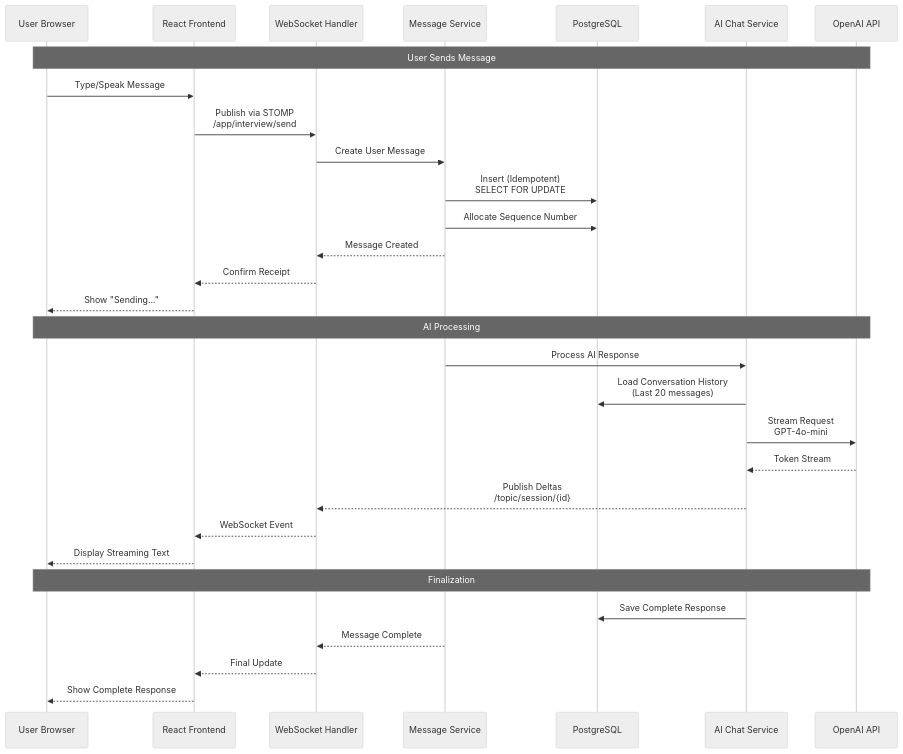
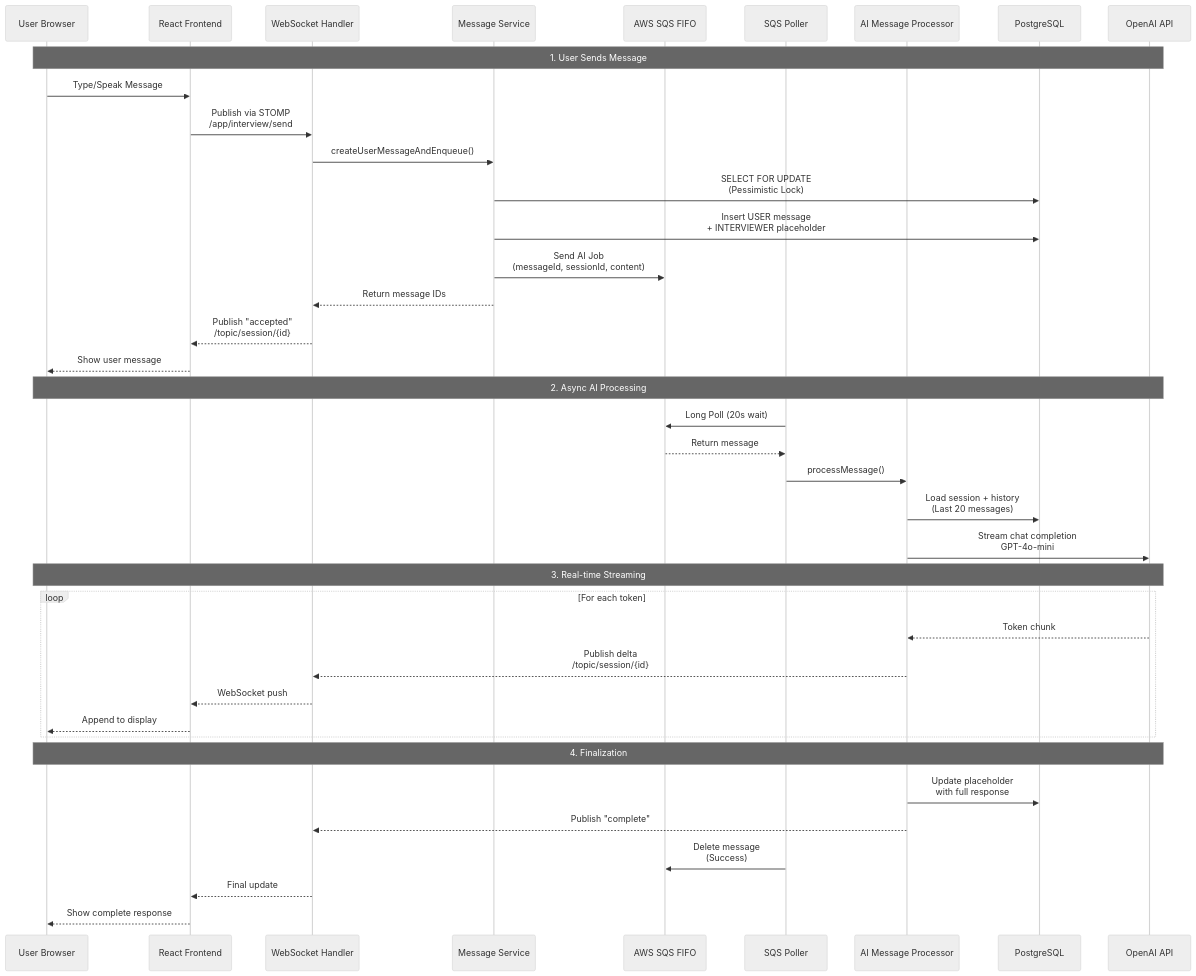
One commit to AlejandroPosadaR/Miraiprep changed the second of 4 diagrams in README.md. Above: the diagram before and after it, drawn with Mermaid (neutral theme). The commit also changed other lines of this file, not shown here.

````diff
--- a/README.md
+++ b/README.md
@@ -113,38 +208,49 @@
 ```mermaid
 sequenceDiagram
     participant U as User Browser
     participant F as React Frontend
     participant WS as WebSocket Handler
     participant MS as Message Service
+    participant SQS as AWS SQS FIFO
+    participant POLL as SQS Poller
+    participant AI as AI Message Processor
     participant DB as PostgreSQL
-    participant AI as AI Chat Service
     participant OAI as OpenAI API
     
-    Note over U,OAI: User Sends Message
+    Note over U,OAI: 1. User Sends Message
     
     U->>F: Type/Speak Message
     F->>WS: Publish via STOMP<br/>/app/interview/send
-    WS->>MS: Create User Message
-    MS->>DB: Insert (Idempotent)<br/>SELECT FOR UPDATE
-    MS->>DB: Allocate Sequence Number
-    MS-->>WS: Message Created
-    WS-->>F: Confirm Receipt
-    F-->>U: Show "Sending..."
+    WS->>MS: createUserMessageAndEnqueue()
+    MS->>DB: SELECT FOR UPDATE<br/>(Pessimistic Lock)
+    MS->>DB: Insert USER message<br/>+ INTERVIEWER placeholder
+    MS->>SQS: Send AI Job<br/>(messageId, sessionId, content)
+    MS-->>WS: Return message IDs
+    WS-->>F: Publish "accepted"<br/>/topic/session/{id}
+    F-->>U: Show user message
     
-    Note over U,OAI: AI Processing
+    Note over U,OAI: 2. Async AI Processing
     
-    MS->>AI: Process AI Response
-    AI->>DB: Load Conversation History<br/>(Last 20 messages)
-    AI->>OAI: Stream Request<br/>GPT-4o-mini
-    OAI-->>AI: Token Stream
-    AI-->>WS: Publish Deltas<br/>/topic/session/{id}
-    WS-->>F: WebSocket Event
-    F-->>U: Display Streaming Text
+    POLL->>SQS: Long Poll (20s wait)
+    SQS-->>POLL: Return message
+    POLL->>AI: processMessage()
+    AI->>DB: Load session + history<br/>(Last 20 messages)
+    AI->>OAI: Stream chat completion<br/>GPT-4o-mini
     
-    Note over U,OAI: Finalization
+    Note over U,OAI: 3. Real-time Streaming
     
-    AI->>DB: Save Complete Response
-    MS-->>WS: Message Complete
-    WS-->>F: Final Update
-    F-->>U: Show Complete Response
+    loop For each token
+        OAI-->>AI: Token chunk
+        AI-->>WS: Publish delta<br/>/topic/session/{id}
+        WS-->>F: WebSocket push
+        F-->>U: Append to display
+    end
+    
+    Note over U,OAI: 4. Finalization
+    
+    AI->>DB: Update placeholder<br/>with full response
+    AI-->>WS: Publish "complete"
+    POLL->>SQS: Delete message<br/>(Success)
+    WS-->>F: Final update
+    F-->>U: Show complete response
 ```
````
